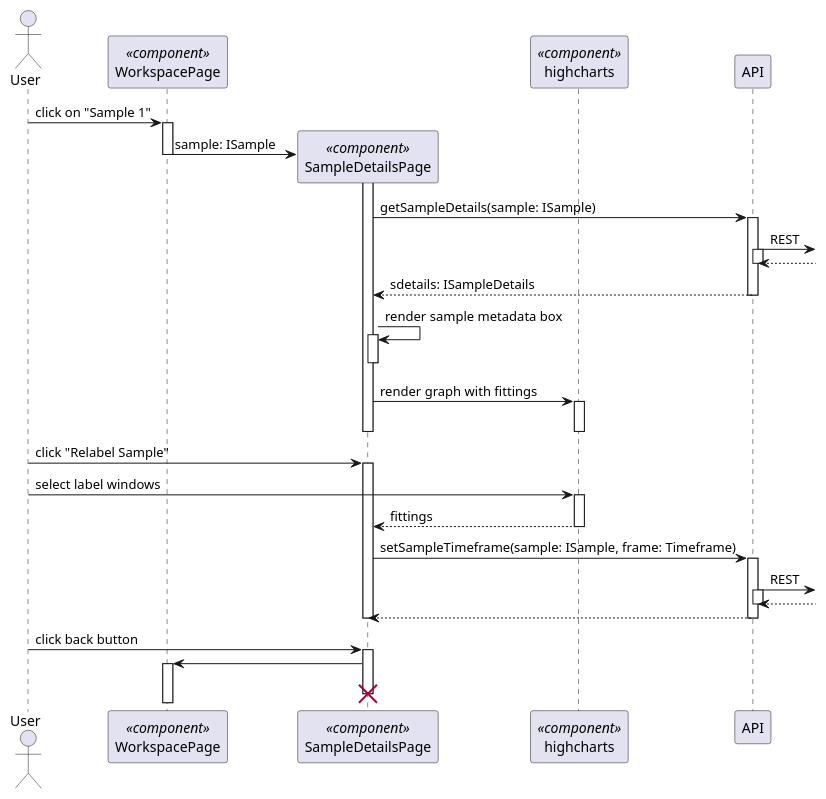
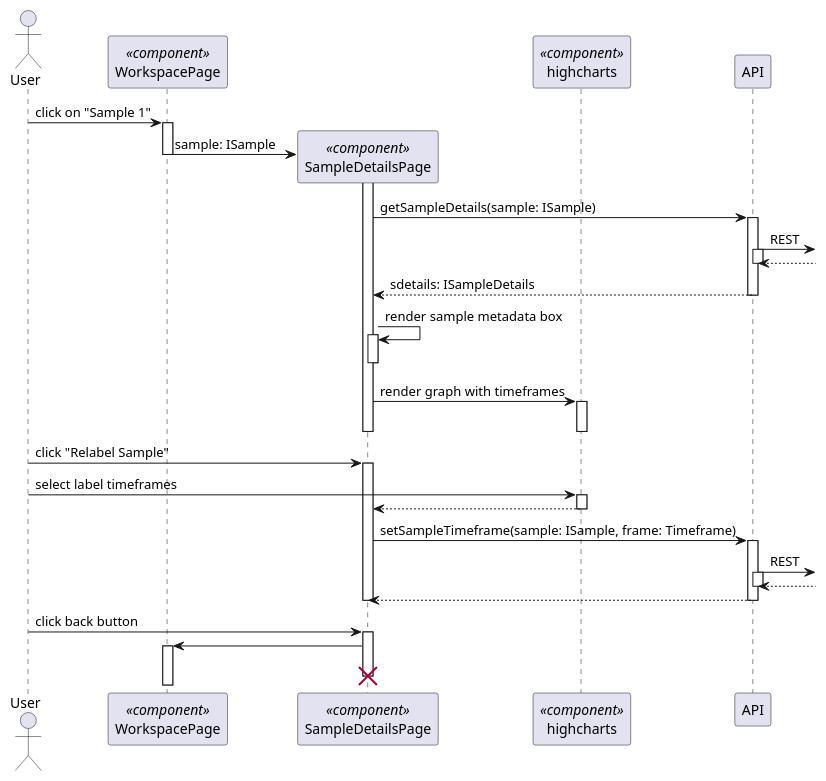
One commit to PSE-TECO-2020-TEAM1/e2e-ml_docs changed the diagram in Design/sequence-diagrams/desktop-fitsample.pu. Above: the diagram before and after it, drawn with PlantUML. The commit also changed 4 other files, not shown here.

```diff
--- a/Design/sequence-diagrams/desktop-fitsample.pu
+++ b/Design/sequence-diagrams/desktop-fitsample.pu
@@ -1,38 +1,38 @@
 @startuml Desktop Client - Create Workspace
 autoactivate on
 
 actor User as u
 participant WorkspacePage as wp << component >>
 participant SampleDetailsPage as sd << component >>
 participant highcharts as h << component >>
 participant API as api
 
 u -> wp: click on "Sample 1"
 wp -> sd **: sample: ISample
 deactivate wp
 activate sd
 sd -> api: getSampleDetails(sample: ISample)
 api ->]: REST
 return
 return sdetails: ISampleDetails
 sd -> sd: render sample metadata box
 deactivate
-sd -> h: render graph with fittings
+sd -> h: render graph with timeframes
 deactivate
 deactivate
 
 u -> sd: click "Relabel Sample"
-u -> h: select label windows
-h --> sd: fittings
+u -> h: select label timeframes
+h --> sd
 deactivate h
 sd -> api: setSampleTimeframe(sample: ISample, frame: Timeframe)
 api ->]: REST
 return
 return
 deactivate sd
 
 u -> sd: click back button
 sd -> wp
 destroy sd
 
 @enduml
```
